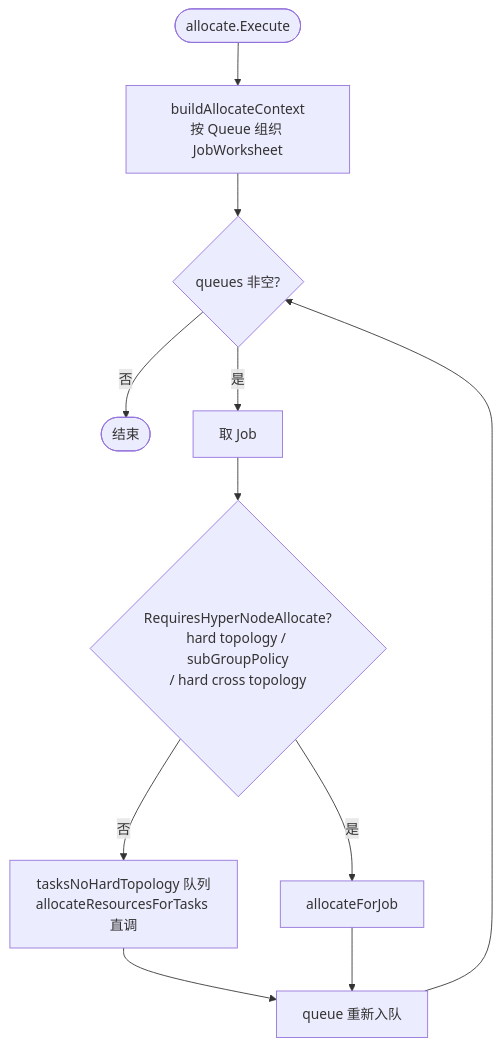
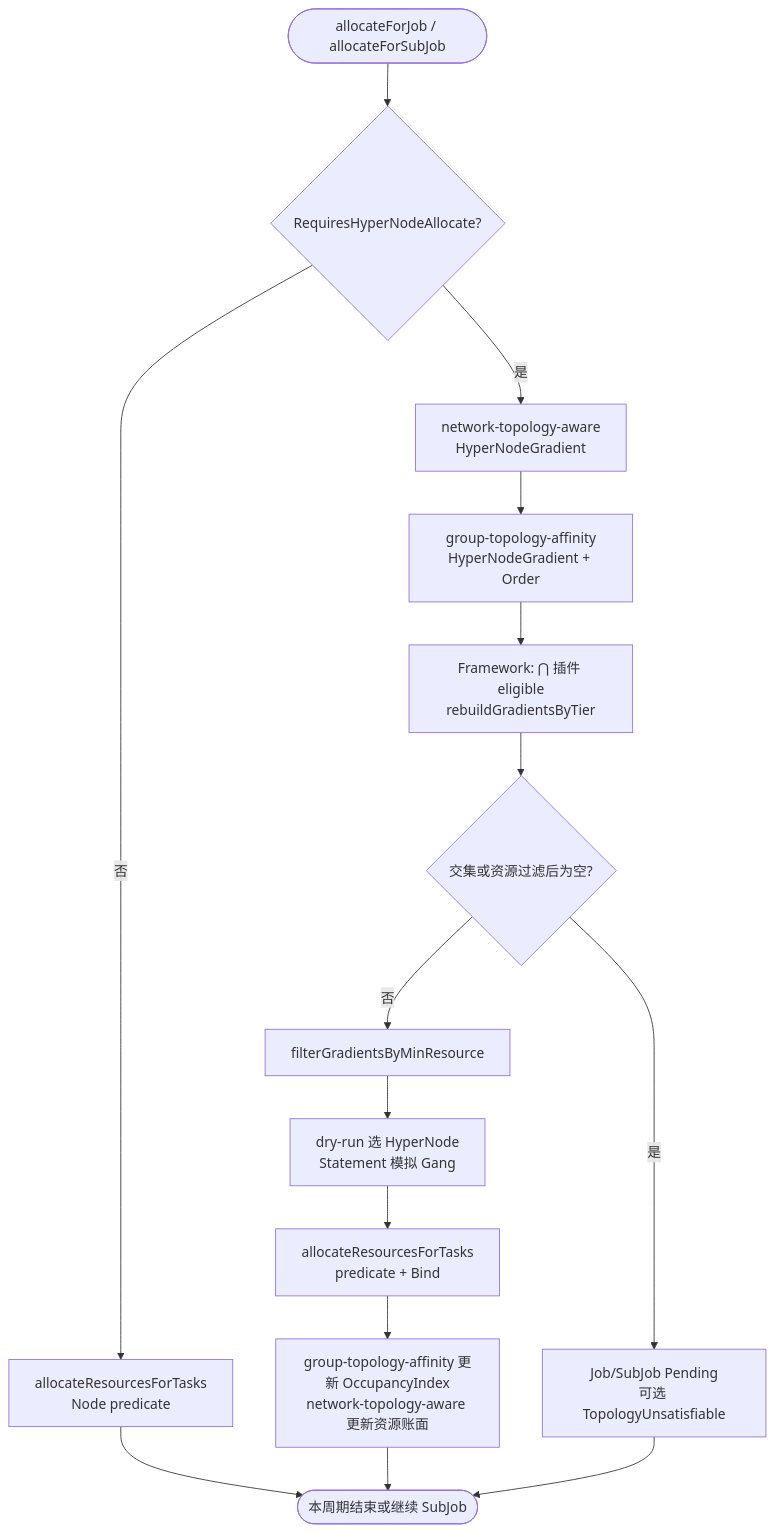
One commit to wangyang0616/volcano changed diagram 16 of 16 in docs/design/group-topology-affinity.md. Above: the diagram before and after it, drawn with Mermaid. The commit also changed other lines of this file, not shown here.

````diff
--- a/docs/design/group-topology-affinity.md
+++ b/docs/design/group-topology-affinity.md
@@ -1852,13 +1882,17 @@
 ```mermaid
 flowchart TB
-    Start([allocate.Execute]) --> BuildCtx[buildAllocateContext<br/>按 Queue 组织 JobWorksheet]
-    BuildCtx --> PopQueue{queues 非空?}
-    PopQueue -->|否| End([结束])
-    PopQueue -->|是| PopJob[取 Job]
-    PopJob --> CheckPath{RequiresHyperNodeAllocate?<br/>hard topology / subGroupPolicy<br/>/ hard cross topology}
-    CheckPath -->|否| NormalPath[tasksNoHardTopology 队列<br/>allocateResourcesForTasks 直调]
-    CheckPath -->|是| TopoPath[allocateForJob]
-    NormalPath --> PushQueue[queue 重新入队]
-    TopoPath --> PushQueue
-    PushQueue --> PopQueue
+    allocate_entry([allocateForJob / allocateForSubJob]) --> requires_hypernode{RequiresHyperNodeAllocate?}
+    requires_hypernode -->|否| node_allocate_path[allocateResourcesForTasks<br/>Node predicate]
+    requires_hypernode -->|是| network_topology_aware_grad["network-topology-aware<br/>HyperNodeGradient"]
+    network_topology_aware_grad --> group_topology_affinity_grad["group-topology-affinity<br/>HyperNodeGradient + Order"]
+    group_topology_affinity_grad --> framework_intersect["Framework: ⋂ 插件 eligible<br/>rebuildGradientsByTier"]
+    framework_intersect --> gradients_empty{交集或资源过滤后为空?}
+    gradients_empty -->|是| job_pending[Job/SubJob Pending<br/>可选 TopologyUnsatisfiable]
+    gradients_empty -->|否| resource_filter[filterGradientsByMinResource]
+    resource_filter --> dry_run[dry-run 选 HyperNode<br/>Statement 模拟 Gang]
+    dry_run --> bind_pods[allocateResourcesForTasks<br/>predicate + Bind]
+    bind_pods --> update_state["group-topology-affinity 更新 OccupancyIndex<br/>network-topology-aware 更新资源账面"]
+    node_allocate_path --> allocate_done([本周期结束或继续 SubJob])
+    update_state --> allocate_done
+    job_pending --> allocate_done
 ```
````
